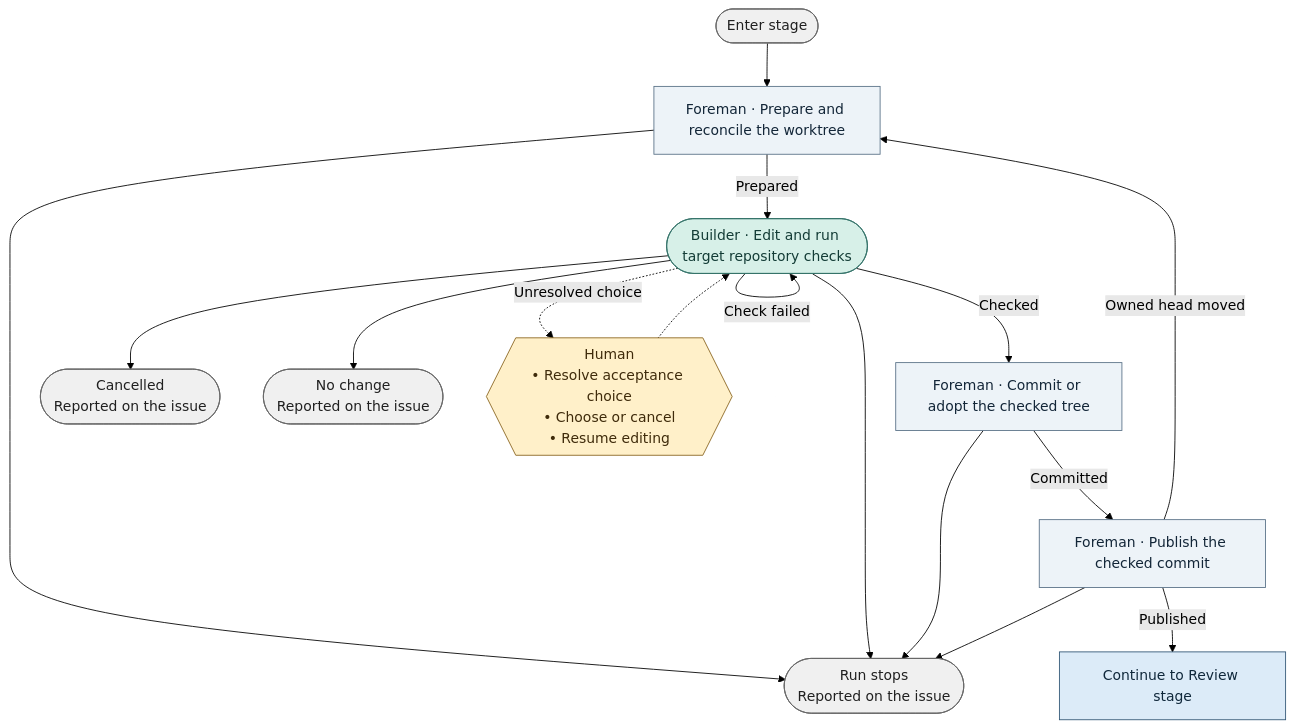
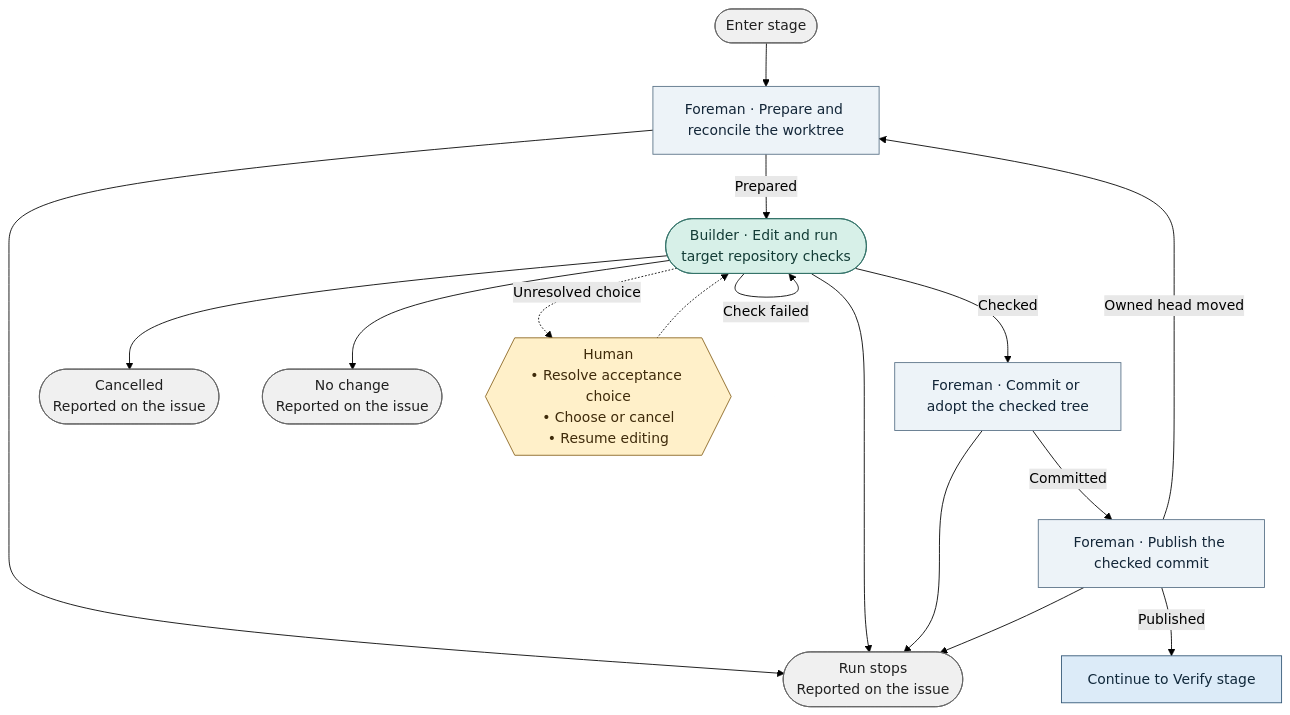
Before and after one commit to bookout-labs/tools: the diagram in docs/graph/blueprint/views/stages/implement.mmd, drawn with Mermaid (forest theme). The commit also changed 24 other files, not shown here.

Commit message:
Draw the Verify stage: the verifier uses the change as a user would before review (D11)

```diff
--- a/docs/graph/blueprint/views/stages/implement.mmd
+++ b/docs/graph/blueprint/views/stages/implement.mmd
@@ -1,31 +1,31 @@
 flowchart TD
     n0(["Enter stage"]):::terminal
     n1["Foreman · Prepare and reconcile the worktree"]:::step
     n2(["Builder · Edit and run target repository checks"]):::worker
     n3["Foreman · Commit or adopt the checked tree"]:::step
     n4["Foreman · Publish the checked commit"]:::step
     n5(["Run stops<br/>Reported on the issue"]):::terminal
     n6(["Cancelled<br/>Reported on the issue"]):::terminal
     n7(["No change<br/>Reported on the issue"]):::terminal
-    n8["Continue to Review stage"]:::stage
+    n8["Continue to Verify stage"]:::stage
     n9{{"Human<br/>• Resolve acceptance choice<br/>• Choose or cancel<br/>• Resume editing"}}:::gate
     n0 --> n1
     n1 --> n5
     n1 -->|"Prepared"| n2
     n2 --> n6
     n2 --> n7
     n2 --> n5
     n2 -->|"Check failed"| n2
     n2 -->|"Checked"| n3
     n3 --> n5
     n3 -->|"Committed"| n4
     n4 --> n5
     n4 -->|"Owned head moved"| n1
     n4 -->|"Published"| n8
     n2 -.->|"Unresolved choice"| n9
     n9 -.-> n2
     classDef stage fill:#dcebf8,stroke:#315675,color:#10283b
     classDef step fill:#edf3f8,stroke:#597187,color:#132638
     classDef worker fill:#d7f0e8,stroke:#357369,color:#133c36
     classDef gate fill:#fff0c9,stroke:#89641f,color:#3f2b0b
     classDef terminal fill:#f0f0f0,stroke:#666666,color:#202020
```
